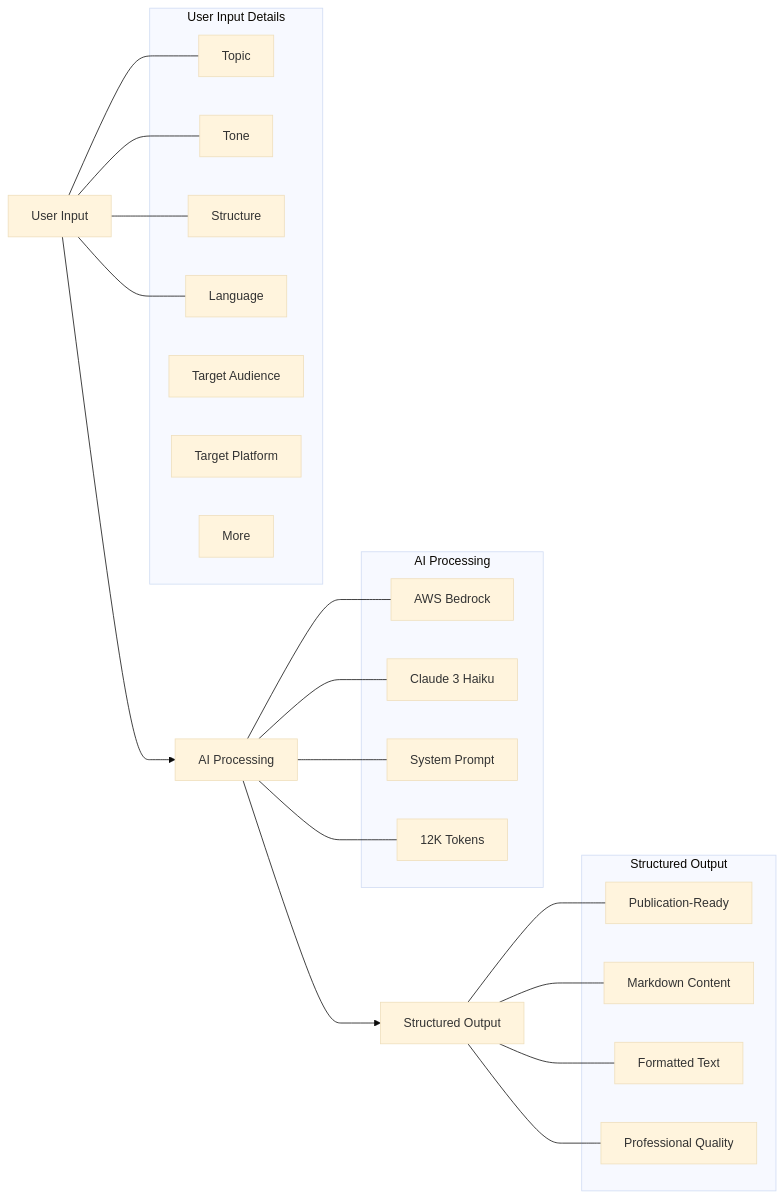
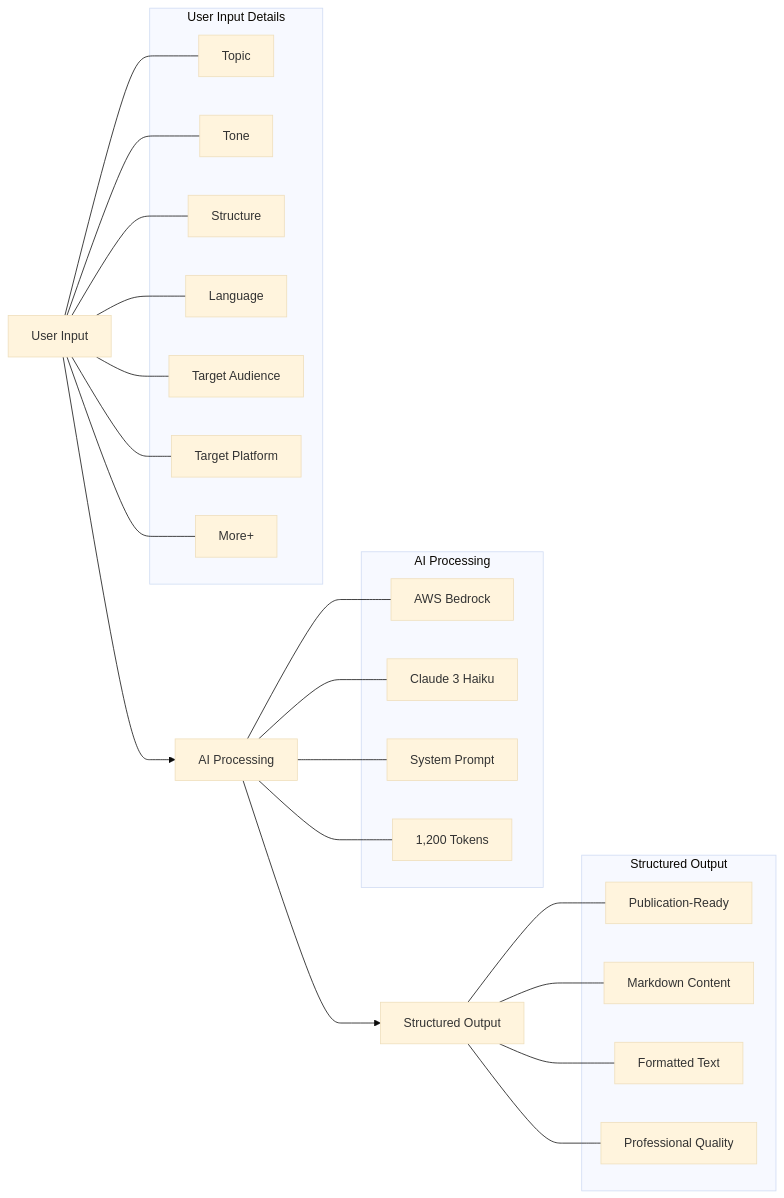
The diagram in FEATURES.md (ansariheshamraza/RachnaX-AI), drawn with Mermaid (base theme) before and after one commit. The commit also changed other lines of this file, not shown here.

Commit message:
Revise RachnaX AI features overview
Updated the features overview for RachnaX AI, adding detailed descriptions of core features, comparisons, and upcoming features.

````diff
--- a/FEATURES.md
+++ b/FEATURES.md
@@ -17,48 +17,51 @@
 ```mermaid
 flowchart LR
 
 A[User Input]
 B[AI Processing]
 C[Structured Output]
 
 A --> B --> C
 
 subgraph INPUT_DETAILS [User Input Details]
 A1[Topic]
 A2[Tone]
 A3[Structure]
 A4[Language]
 A5[Target Audience]
 A6[Target Platform]
-A7[More]
+A7[More+]
 end
 
 subgraph AI_DETAILS [AI Processing]
 B1[AWS Bedrock]
 B2[Claude 3 Haiku]
 B3[System Prompt]
-B4[12K Tokens]
+B4[1,200 Tokens]
 end
 
 subgraph OUTPUT_DETAILS [Structured Output]
 C1[Publication-Ready]
 C2[Markdown Content]
 C3[Formatted Text]
 C4[Professional Quality]
 end
 
 A --- A1
 A --- A2
 A --- A3
 A --- A4
+A --- A5
+A --- A6
+A --- A7
 
 B --- B1
 B --- B2
 B --- B3
 B --- B4
 
 C --- C1
 C --- C2
 C --- C3
 C --- C4
 ```
````
